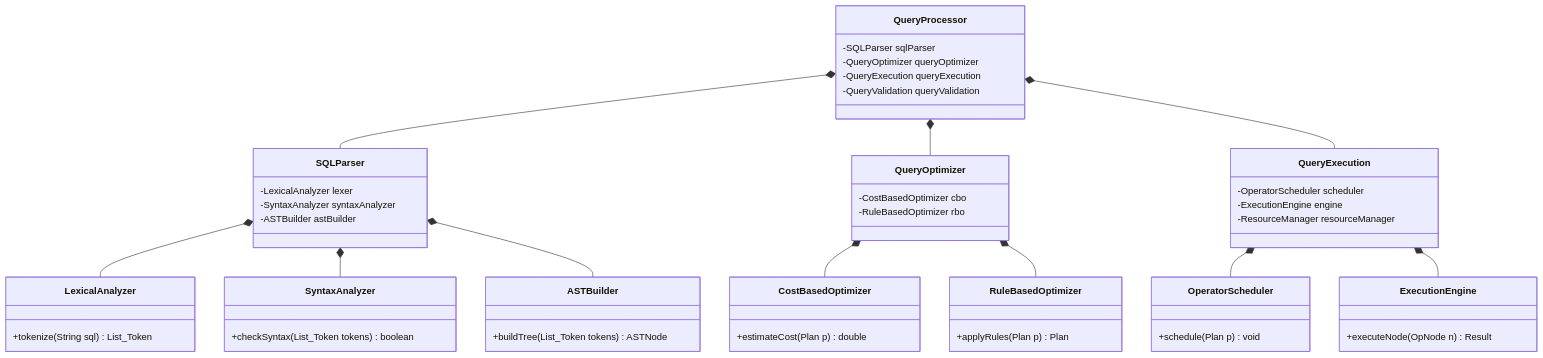
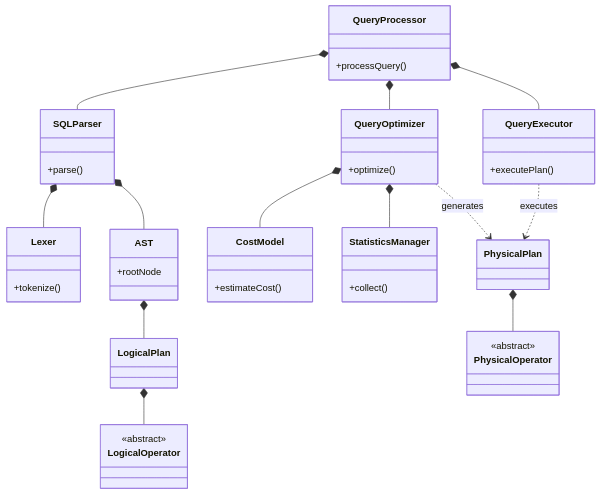
Before and after one commit to TamBui1706/DBMS: the third of 16 diagrams in README.md, drawn with Mermaid. The commit also changed other lines of this file and 112 other files, not shown here.

Commit message:
Add doc tests and flow charts

````diff
--- a/README.md
+++ b/README.md
@@ -479,55 +434,48 @@
 ```mermaid
 classDiagram
-class QueryProcessor {
-        -SQLParser sqlParser
-        -QueryOptimizer queryOptimizer
-        -QueryExecution queryExecution
-        -QueryValidation queryValidation
+    class QueryProcessor {
+        +processQuery()
     }
     class SQLParser {
-        -LexicalAnalyzer lexer
-        -SyntaxAnalyzer syntaxAnalyzer
-        -ASTBuilder astBuilder
+        +parse()
     }
-    class LexicalAnalyzer {
-        +tokenize(String sql) List_Token
+    class Lexer {
+        +tokenize()
     }
-    class SyntaxAnalyzer {
-        +checkSyntax(List_Token tokens) boolean
-    }
-    class ASTBuilder {
-        +buildTree(List_Token tokens) ASTNode
+    class AST {
+        +rootNode
     }
     class QueryOptimizer {
-        -CostBasedOptimizer cbo
-        -RuleBasedOptimizer rbo
+        +optimize()
     }
-    class CostBasedOptimizer {
-        +estimateCost(Plan p) double
+    class CostModel {
+        +estimateCost()
     }
-    class RuleBasedOptimizer {
-        +applyRules(Plan p) Plan
+    class StatisticsManager {
+        +collect()
     }
-    class QueryExecution {
-        -OperatorScheduler scheduler
-        -ExecutionEngine engine
-        -ResourceManager resourceManager
+    class LogicalPlan
+    class LogicalOperator {
+        <<abstract>>
     }
-    class OperatorScheduler {
-        +schedule(Plan p) void
+    class PhysicalPlan
+    class PhysicalOperator {
+        <<abstract>>
     }
-    class ExecutionEngine {
-        +executeNode(OpNode n) Result
+    class QueryExecutor {
+        +executePlan()
     }
 
     QueryProcessor *-- SQLParser
     QueryProcessor *-- QueryOptimizer
-    QueryProcessor *-- QueryExecution
-    SQLParser *-- LexicalAnalyzer
-    SQLParser *-- SyntaxAnalyzer
-    SQLParser *-- ASTBuilder
-    QueryOptimizer *-- CostBasedOptimizer
-    QueryOptimizer *-- RuleBasedOptimizer
-    QueryExecution *-- OperatorScheduler
-    QueryExecution *-- ExecutionEngine
+    QueryProcessor *-- QueryExecutor
+    SQLParser *-- Lexer
+    SQLParser *-- AST
+    AST *-- LogicalPlan
+    LogicalPlan *-- LogicalOperator
+    QueryOptimizer *-- CostModel
+    QueryOptimizer *-- StatisticsManager
+    QueryOptimizer ..> PhysicalPlan : generates
+    PhysicalPlan *-- PhysicalOperator
+    QueryExecutor ..> PhysicalPlan : executes
 ```
````
